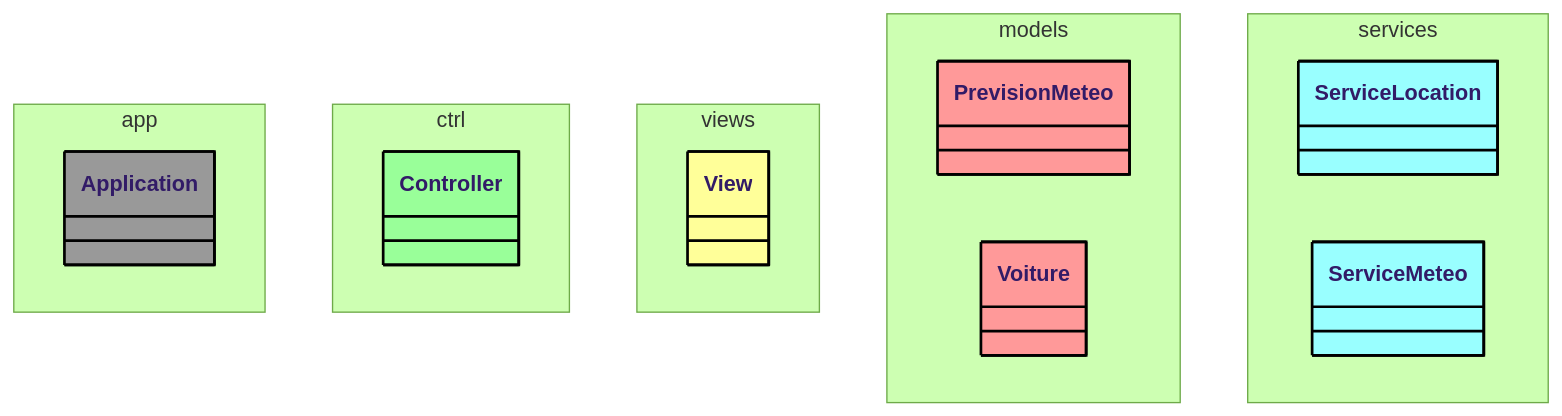
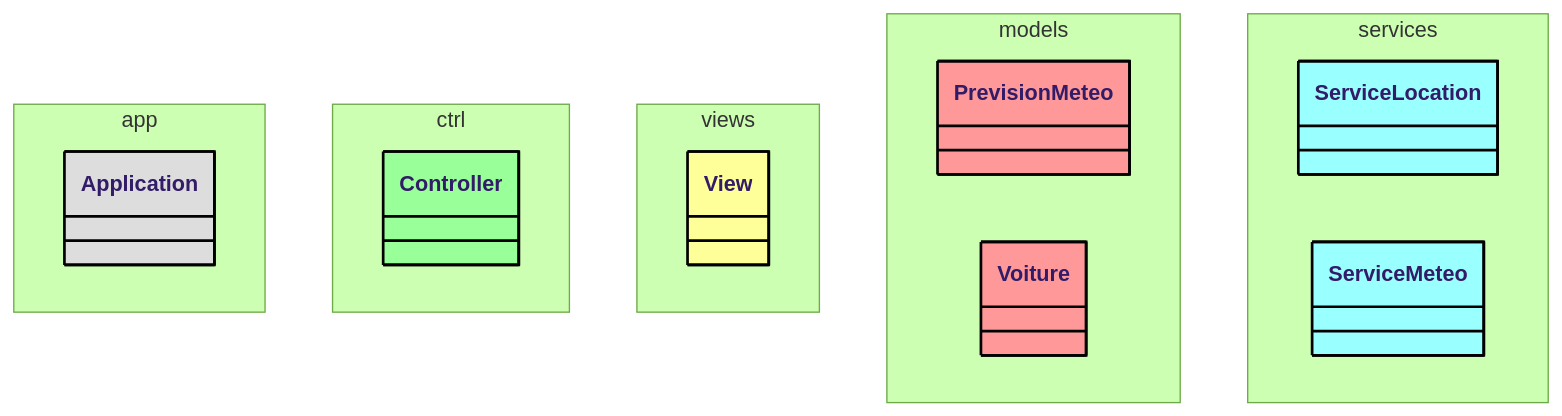
The first of 2 diagrams in README.md (emf-info/MVC_FXML_D400_JDK17LTS), drawn with Mermaid (forest theme) before and after one commit. The commit also changed other lines of this file, not shown here.

Commit message:
Change Application and Initializable styles in README

````diff
--- a/README.md
+++ b/README.md
@@ -43,27 +43,27 @@
 ```mermaid
 classDiagram
 namespace app {
     class Application
 }
 namespace ctrl {
     class Controller
 }
 namespace views {
     class View
 }
 namespace models {
     class PrevisionMeteo
     class Voiture
 }
 namespace services {
     class ServiceLocation
     class ServiceMeteo
 }
-style Application fill:#999,stroke:#000,stroke-width:2px
+style Application fill:#ddd,stroke:#000,stroke-width:2px
 style View fill:#ff9,stroke:#000,stroke-width:2px
 style Controller fill:#9f9,stroke:#000,stroke-width:2px
 style ServiceMeteo fill:#9ff,stroke:#000,stroke-width:2px
 style ServiceLocation fill:#9ff,stroke:#000,stroke-width:2px
 style Voiture fill:#f99,stroke:#000,stroke-width:2px
 style PrevisionMeteo fill:#f99,stroke:#000,stroke-width:2px
 ```
````
